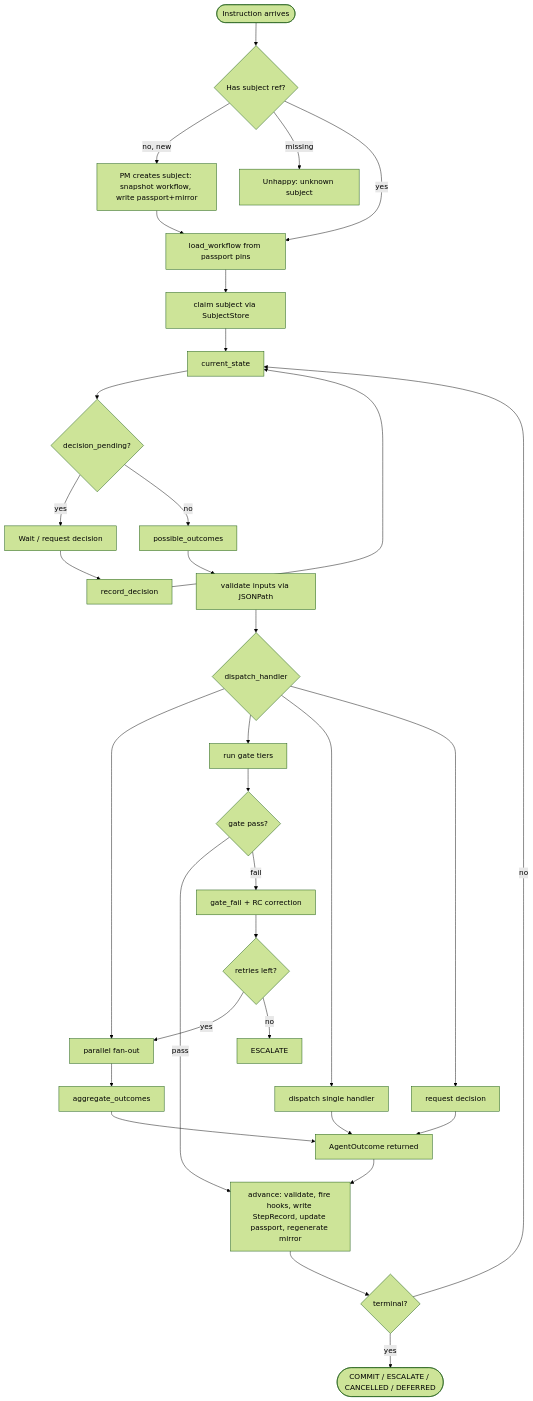
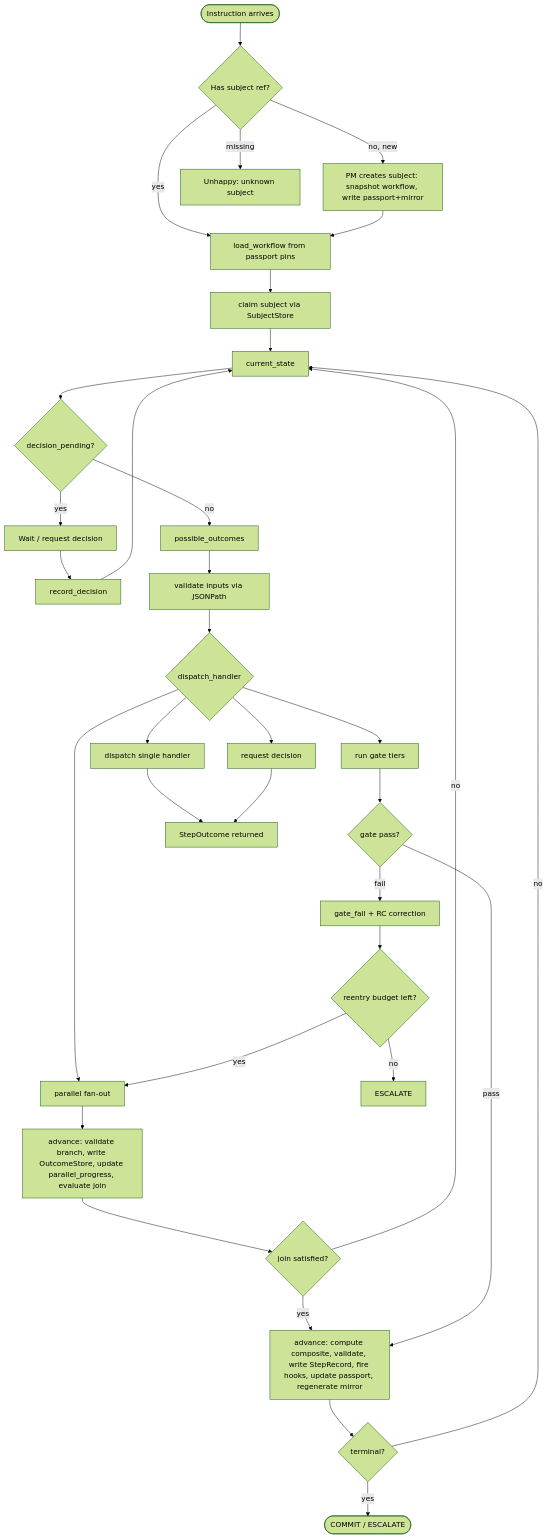
Before and after one commit to jeanboutros/psc: the fourth of 5 diagrams in docs/design/workflow-design/04-low-level-design.md, drawn with Mermaid (forest theme). The commit also changed other lines of this file and 11 other files, not shown here.

````diff
--- a/docs/design/workflow-design/04-low-level-design.md
+++ b/docs/design/workflow-design/04-low-level-design.md
@@ -32,35 +380,36 @@
 ```mermaid
 flowchart TD
     S([Instruction arrives]) --> H{Has subject ref?}
     H -- no, new --> NT[PM creates subject: snapshot workflow, write passport+mirror]
     H -- missing --> UE[Unhappy: unknown subject]
     H -- yes --> LW[load_workflow from passport pins]
     NT --> LW
     LW --> CL[claim subject via SubjectStore]
     CL --> CS[current_state]
     CS --> DP{decision_pending?}
     DP -- yes --> WD[Wait / request decision]
     WD --> RD[record_decision]
     RD --> CS
     DP -- no --> PO[possible_outcomes]
     PO --> IV[validate inputs via JSONPath]
     IV --> DH{dispatch_handler}
     DH --> PAR[parallel fan-out]
     DH --> GATE[run gate tiers]
     DH --> TASK[dispatch single handler]
     DH --> DEC[request decision]
-    PAR --> AGG[aggregate_outcomes]
+    PAR --> ADV[advance: validate branch, write OutcomeStore, update parallel_progress, evaluate join]
+    ADV --> JOIN{join satisfied?}
+    JOIN -- no --> CS
+    JOIN -- yes --> ADV2[advance: compute composite, validate, write StepRecord, fire hooks, update passport, regenerate mirror]
     GATE --> GR{gate pass?}
-    GR -- pass --> ADV
+    GR -- pass --> ADV2
     GR -- fail --> GF[gate_fail + RC correction]
-    GF --> RETRY{retries left?}
+    GF --> RETRY{reentry budget left?}
     RETRY -- yes --> PAR
     RETRY -- no --> ESC[ESCALATE]
-    TASK --> AO[AgentOutcome returned]
-    AGG --> AO
-    DEC --> AO
-    AO --> ADV[advance: validate, fire hooks, write StepRecord, update passport, regenerate mirror]
-    ADV --> TERM{terminal?}
-    TERM -- yes --> END([COMMIT / ESCALATE / CANCELLED / DEFERRED])
+    TASK --> SO[StepOutcome returned]
+    DEC --> SO
+    ADV2 --> TERM{terminal?}
+    TERM -- yes --> END([COMMIT / ESCALATE])
     TERM -- no --> CS
 ```
````
